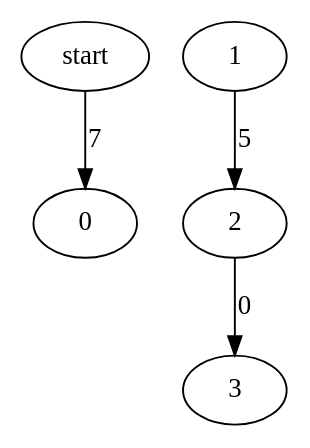
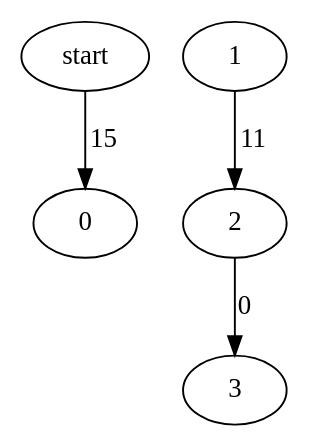
The diagram in graphs/Astar.dot (Zebzab7/Concolic-AStar), drawn with Graphviz before and after one commit. The commit also changed 10 other files, not shown here.

```diff
--- a/graphs/Astar.dot
+++ b/graphs/Astar.dot
@@ -1,6 +1,6 @@
 digraph G{ 
- start ->0 [label="7"];
-1->2 [label="5"];
+ start ->0 [label="15"];
+1->2 [label="11"];
 2->3 [label="0"];
 
 }
```
